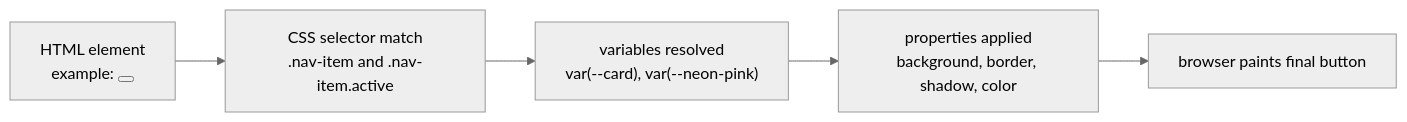
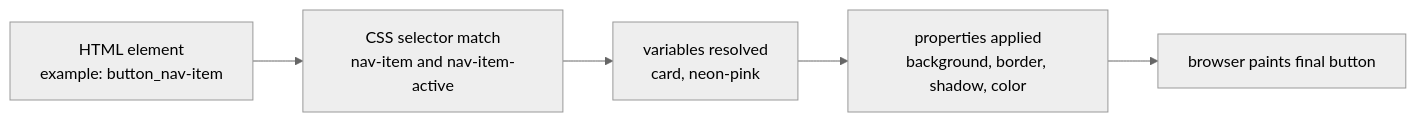
Before and after one commit to zxcvryo/Oops-Later-Codebase: diagram 30 of 43 in README.md, drawn with Mermaid (neutral theme). The commit also changed other lines of this file, not shown here.

````diff
--- a/README.md
+++ b/README.md
@@ -6383,7 +6383,7 @@
 ```mermaid
 flowchart LR
-    A["HTML element<br/>example: <button class='nav-item active'>"] --> B["CSS selector match<br/>.nav-item and .nav-item.active"]
-    B --> C["variables resolved<br/>var(--card), var(--neon-pink)"]
+    A["HTML element<br/>example: button_nav-item"] --> B["CSS selector match<br/>nav-item and nav-item-active"]
+    B --> C["variables resolved<br/>card, neon-pink"]
     C --> D["properties applied<br/>background, border, shadow, color"]
     D --> E["browser paints final button"]
 ```
````
